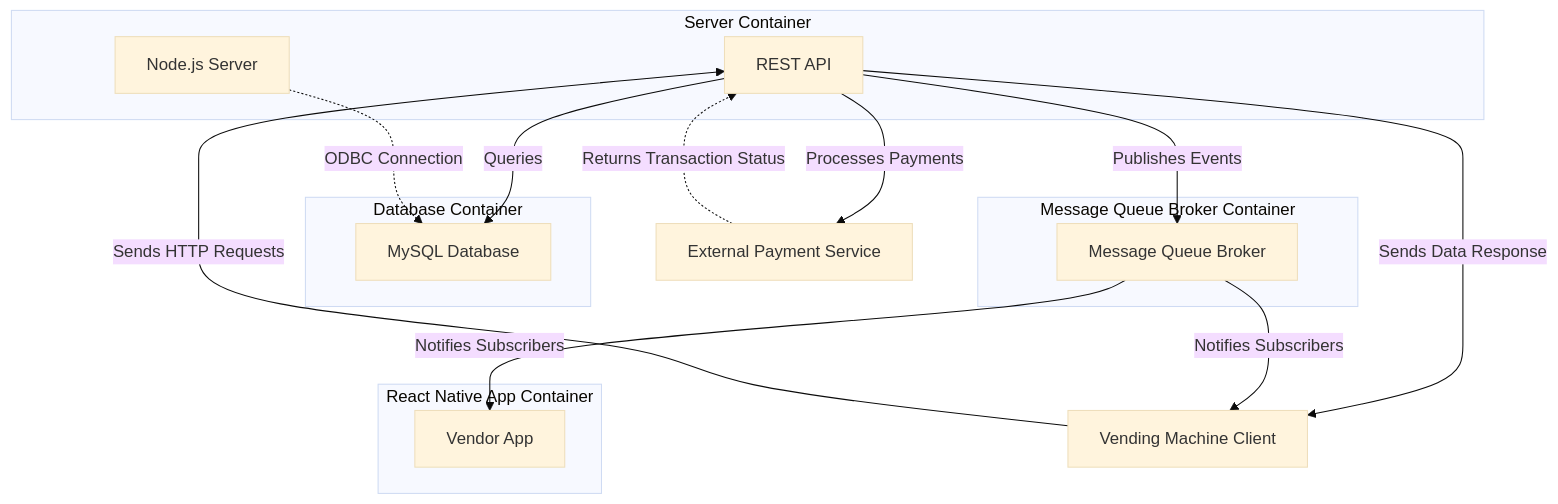
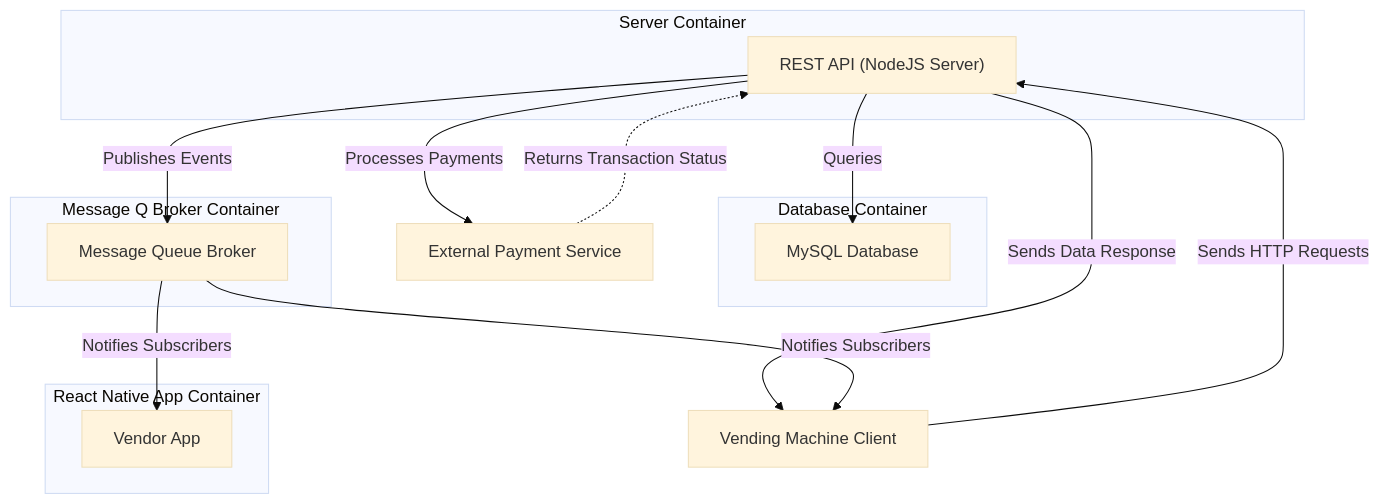
One commit to MrPotato53/Vending-Machine changed the second of 2 diagrams in docs/architecture.md. Above: the diagram before and after it, drawn with Mermaid (base theme). The commit also changed 1 other file, not shown here.

Commit message:
added charts for org setup and user/organization creation

````diff
--- a/docs/architecture.md
+++ b/docs/architecture.md
@@ -114,30 +114,28 @@
 ```mermaid
 graph TD;
     subgraph ServerContainer["Server Container"]
-        Server["Node.js Server"]
-        API["REST API"]
+        API["REST API (NodeJS Server)"]
     end
 
     subgraph DatabaseContainer["Database Container"]
         Database["MySQL Database"]
     end
 
     subgraph ReactNativeContainer["React Native App Container"]
         ReactNativeApp["Vendor App"]
     end
 
-    subgraph MessageBrokerContainer["Message Queue Broker Container"]
+    subgraph MessageBrokerContainer["Message Q Broker Container"]
         MessageBroker["Message Queue Broker"]
     end
 
     Client["Vending Machine Client"] -->|Sends HTTP Requests| API
     API -->|Queries| Database
     API -->|Processes Payments| ExternalPaymentService["External Payment Service"]
     ExternalPaymentService -.->|Returns Transaction Status| API
     API -->|Sends Data Response| Client
 
-    Server -.->|ODBC Connection| Database
     API -->|Publishes Events| MessageBroker
     MessageBroker -->|Notifies Subscribers| ReactNativeApp
     MessageBroker -->|Notifies Subscribers| Client
 ```
````
